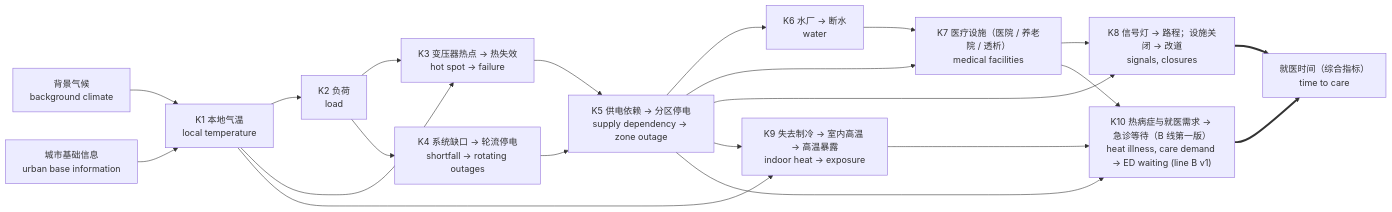
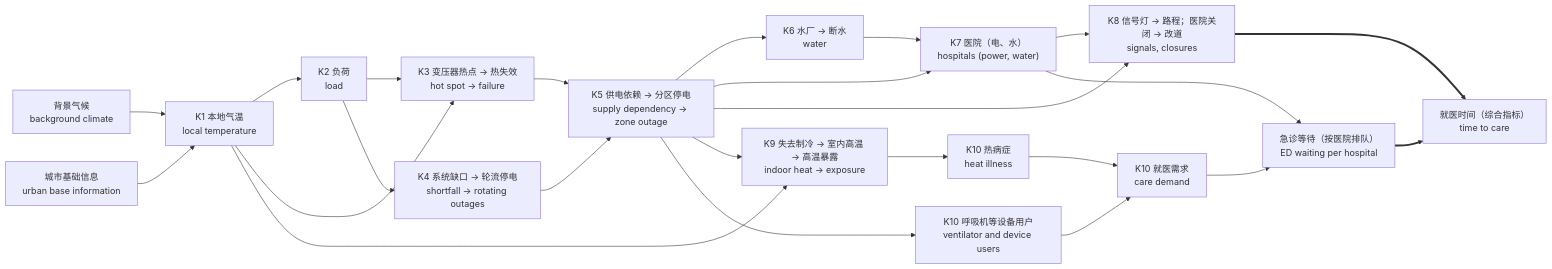
One commit to hibu-11/nashville-heat-twin changed the diagram in docs/CORE_MODEL.md. Above: the diagram before and after it, drawn with Mermaid. The commit also changed other lines of this file and 43 other files, not shown here.

First line of the commit message:
Core model: hospitals only, split care demand, decompose extreme time to care

````diff
--- a/docs/CORE_MODEL.md
+++ b/docs/CORE_MODEL.md
@@ -41,23 +57,26 @@
 ```mermaid
 flowchart LR
   BG["背景气候<br/>background climate"] --> K1["K1 本地气温<br/>local temperature"]
   UB["城市基础信息<br/>urban base information"] --> K1
   K1 --> K2["K2 负荷<br/>load"]
   K1 --> K3["K3 变压器热点 → 热失效<br/>hot spot → failure"]
   K2 --> K3
   K2 --> K4["K4 系统缺口 → 轮流停电<br/>shortfall → rotating outages"]
   K3 --> K5["K5 供电依赖 → 分区停电<br/>supply dependency → zone outage"]
   K4 --> K5
   K5 --> K6["K6 水厂 → 断水<br/>water"]
-  K5 --> K7["K7 医疗设施（医院 / 养老院 / 透析）<br/>medical facilities"]
+  K5 --> K7["K7 医院（电、水）<br/>hospitals (power, water)"]
   K6 --> K7
-  K5 --> K8["K8 信号灯 → 路程；设施关闭 → 改道<br/>signals, closures"]
+  K5 --> K8["K8 信号灯 → 路程；医院关闭 → 改道<br/>signals, closures"]
   K7 --> K8
   K8 ==> T["就医时间（综合指标）<br/>time to care"]
   K5 --> K9["K9 失去制冷 → 室内高温 → 高温暴露<br/>indoor heat → exposure"]
   K1 --> K9
-  K9 --> K10["K10 热病症与就医需求 → 急诊等待（B 线第一版）<br/>heat illness, care demand → ED waiting (line B v1)"]
-  K5 --> K10
-  K7 --> K10
-  K10 ==> T
+  K9 --> HI["K10 热病症<br/>heat illness"]
+  HI --> DM["K10 就医需求<br/>care demand"]
+  K5 --> DV["K10 呼吸机等设备用户<br/>ventilator and device users"]
+  DV --> DM
+  DM --> W["急诊等待（按医院排队）<br/>ED waiting per hospital"]
+  K7 --> W
+  W ==> T
 ```
````
